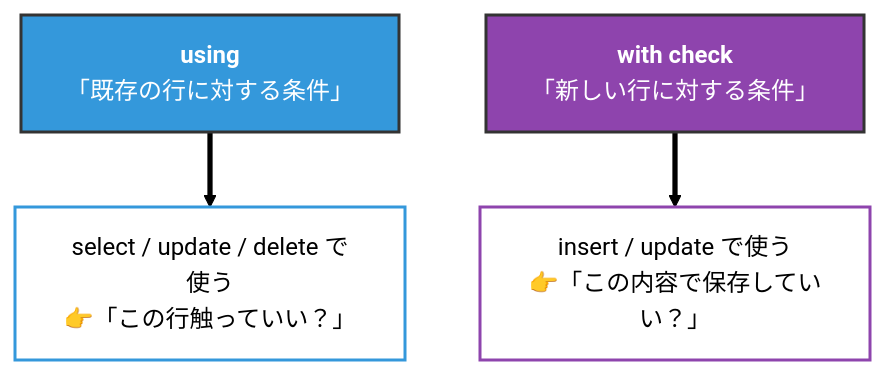
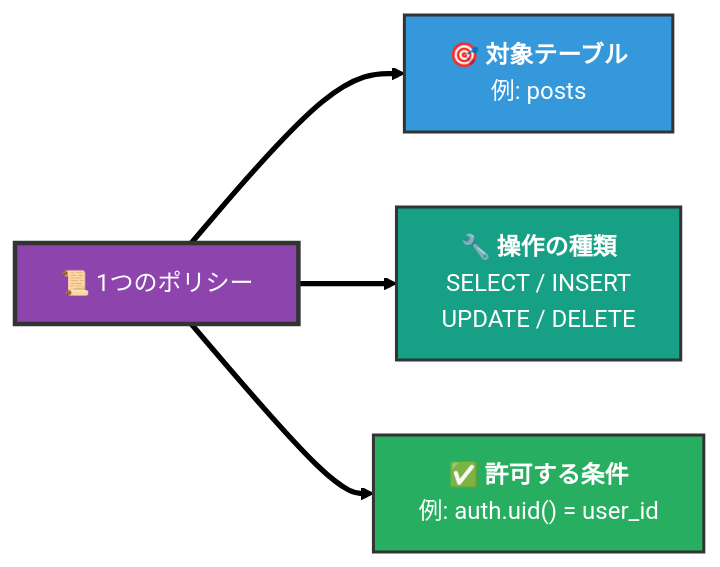
The ninth of 27 diagrams in supabase/supabase.md (kasuyaofcb/tech_docs), drawn with Mermaid (forest theme) before and after one commit. The commit also changed other lines of this file, not shown here.

````diff
--- a/supabase/supabase.md
+++ b/supabase/supabase.md
@@ -248,10 +200,11 @@
 ```mermaid
-flowchart TB
-    U["<b>using</b><br/>「既存の行に対する条件」"] ==> U1["select / update / delete で使う<br/>👉「この行触っていい？」"]
-    C["<b>with check</b><br/>「新しい行に対する条件」"] ==> C1["insert / update で使う<br/>👉「この内容で保存していい？」"]
+flowchart LR
+    P["📜 1つのポリシー"] ==> C1["🎯 <b>対象テーブル</b><br/>例: posts"]
+    P ==> C2["🔧 <b>操作の種類</b><br/>SELECT / INSERT<br/>UPDATE / DELETE"]
+    P ==> C3["✅ <b>許可する条件</b><br/>例: auth.uid() = user_id"]
 
-    style U fill:#3498DB,color:#FFFFFF,stroke:#333,stroke-width:2px
-    style C fill:#8E44AD,color:#FFFFFF,stroke:#333,stroke-width:2px
-    style U1 fill:#fff,color:#000,stroke:#3498DB,stroke-width:2px
-    style C1 fill:#fff,color:#000,stroke:#8E44AD,stroke-width:2px
+    style P fill:#8E44AD,color:#FFFFFF,stroke:#333,stroke-width:3px
+    style C1 fill:#3498DB,color:#FFFFFF,stroke:#333,stroke-width:2px
+    style C2 fill:#16A085,color:#FFFFFF,stroke:#333,stroke-width:2px
+    style C3 fill:#27AE60,color:#FFFFFF,stroke:#333,stroke-width:2px
 ```
````
